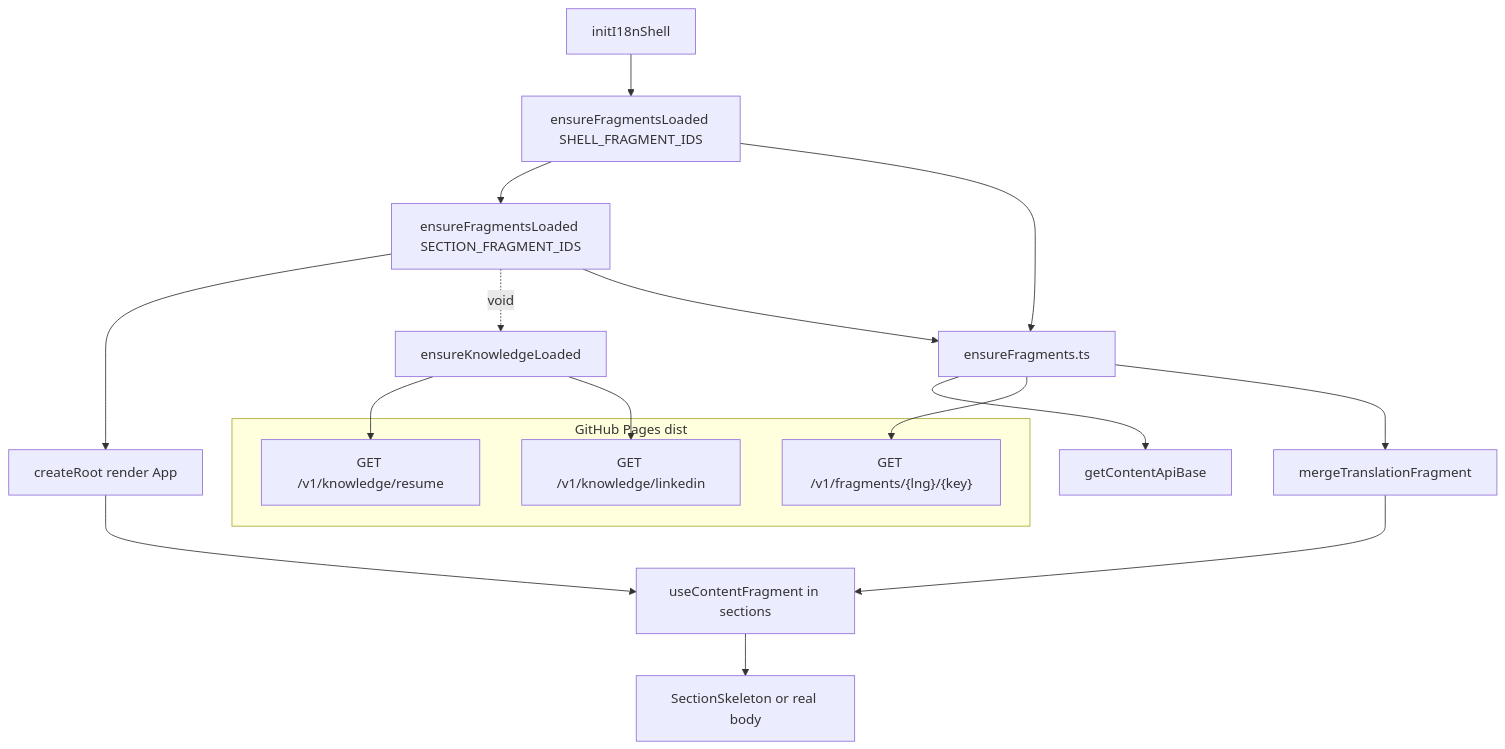
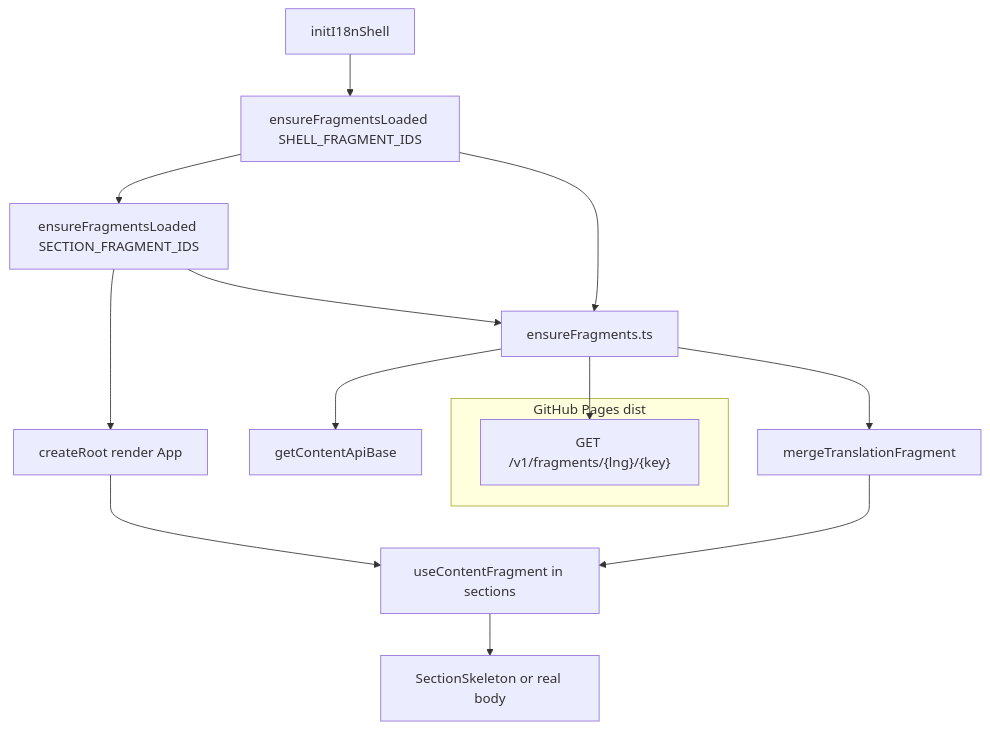
The fourth of 5 diagrams in README.md (kdutta25/my-portfolio), drawn with Mermaid before and after one commit. The commit also changed other lines of this file and 12 other files, not shown here.

````diff
--- a/README.md
+++ b/README.md
@@ -253,25 +253,20 @@
 ```mermaid
 flowchart TB
   subgraph pages["GitHub Pages dist"]
     FG["GET /v1/fragments/{lng}/{key}"]
-    KR["GET /v1/knowledge/resume"]
-    KL["GET /v1/knowledge/linkedin"]
   end
 
   INIT["initI18nShell"] --> SH["ensureFragmentsLoaded SHELL_FRAGMENT_IDS"]
   SH --> SEC["ensureFragmentsLoaded SECTION_FRAGMENT_IDS"]
   SEC --> RND["createRoot render App"]
-  SEC -.->|void| KNOW["ensureKnowledgeLoaded"]
 
   EF["ensureFragments.ts"] --> CB["getContentApiBase"]
   EF --> FG
   EF --> MF["mergeTranslationFragment"]
-  KNOW --> KR
-  KNOW --> KL
 
   SH --> EF
   SEC --> EF
   RND --> UCF["useContentFragment in sections"]
   MF --> UCF
   UCF --> SK["SectionSkeleton or real body"]
 ```
````
